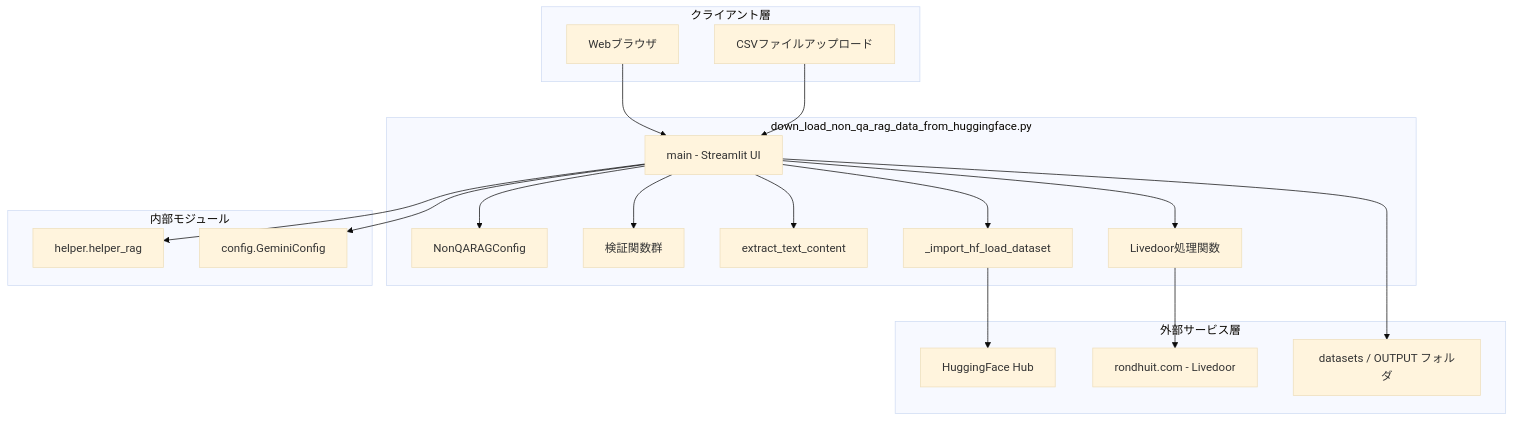
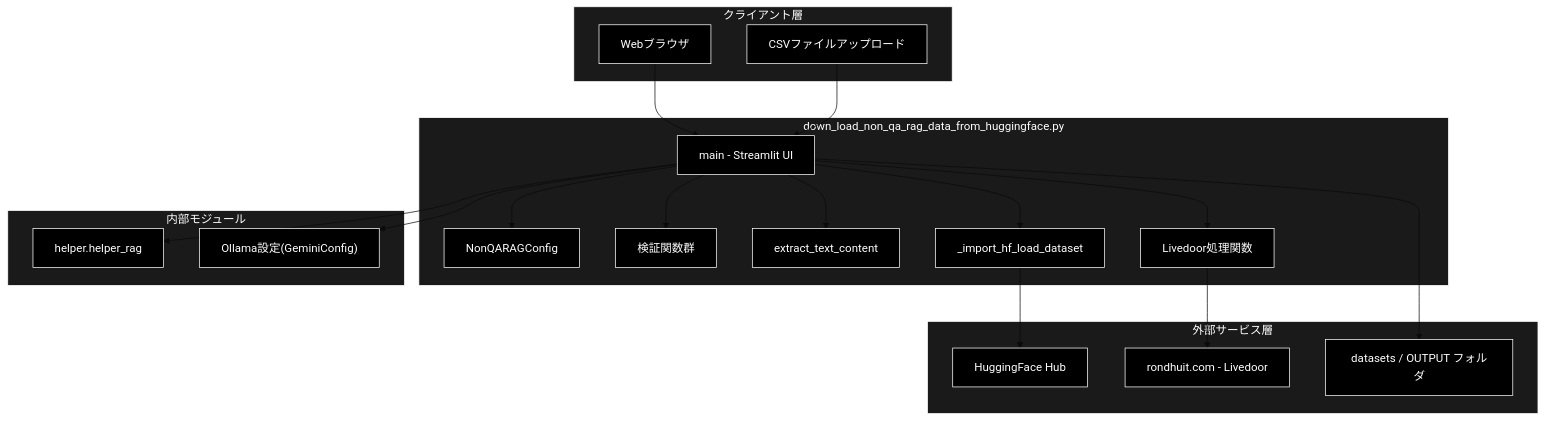
One commit to nakashima2toshio/ollama_grace_agent_v2 changed the first of 3 diagrams in down_load_non_qa_rag_data_from_huggingface.md. Above: the diagram before and after it, drawn with Mermaid (base theme). The commit also changed other lines of this file and 1 other file, not shown here.

````diff
--- a/down_load_non_qa_rag_data_from_huggingface.md
+++ b/down_load_non_qa_rag_data_from_huggingface.md
@@ -72,40 +72,47 @@
 ```mermaid
 flowchart TB
     subgraph CLIENT["クライアント層"]
         BROWSER[Webブラウザ]
         UPLOAD[CSVファイルアップロード]
     end
 
     subgraph MODULE["down_load_non_qa_rag_data_from_huggingface.py"]
         MAIN["main - Streamlit UI"]
         CONFIG_CLS[NonQARAGConfig]
         VALIDATE[検証関数群]
         EXTRACT[extract_text_content]
         LIVEDOOR[Livedoor処理関数]
         IMPORT_HF["_import_hf_load_dataset"]
     end
 
     subgraph INTERNAL["内部モジュール"]
         HELPER["helper.helper_rag"]
-        GEMINI_CFG["config.GeminiConfig"]
+        GEMINI_CFG["Ollama設定(GeminiConfig)"]
     end
 
     subgraph EXTERNAL["外部サービス層"]
         HF[HuggingFace Hub]
         RONDHUIT["rondhuit.com - Livedoor"]
         FS["datasets / OUTPUT フォルダ"]
     end
 
     BROWSER --> MAIN
     UPLOAD --> MAIN
     MAIN --> CONFIG_CLS
     MAIN --> VALIDATE
     MAIN --> EXTRACT
     MAIN --> LIVEDOOR
     MAIN --> IMPORT_HF
     MAIN --> HELPER
     MAIN --> GEMINI_CFG
     IMPORT_HF --> HF
     LIVEDOOR --> RONDHUIT
     MAIN --> FS
+classDef default fill:#000,stroke:#fff,color:#fff
+classDef subgraphStyle fill:#1a1a1a,stroke:#fff,color:#fff
+class BROWSER,UPLOAD,MAIN,CONFIG_CLS,VALIDATE,EXTRACT,LIVEDOOR,IMPORT_HF,HELPER,GEMINI_CFG,HF,RONDHUIT,FS default
+style CLIENT fill:#1a1a1a,stroke:#fff,color:#fff
+style MODULE fill:#1a1a1a,stroke:#fff,color:#fff
+style INTERNAL fill:#1a1a1a,stroke:#fff,color:#fff
+style EXTERNAL fill:#1a1a1a,stroke:#fff,color:#fff
 ```
````
